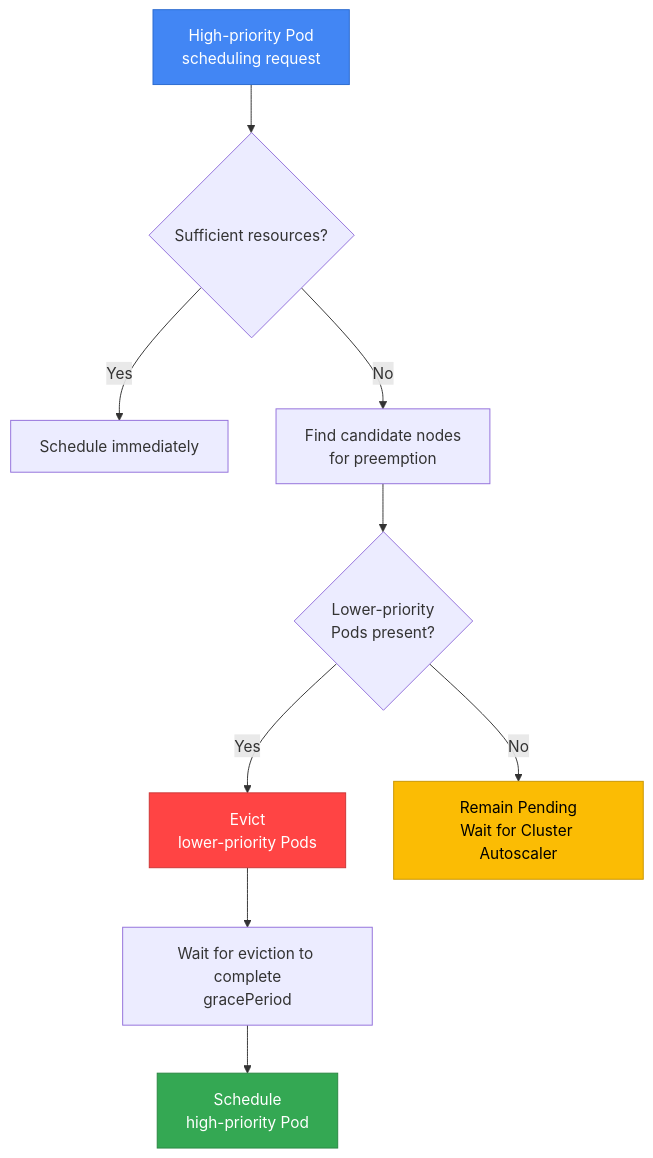
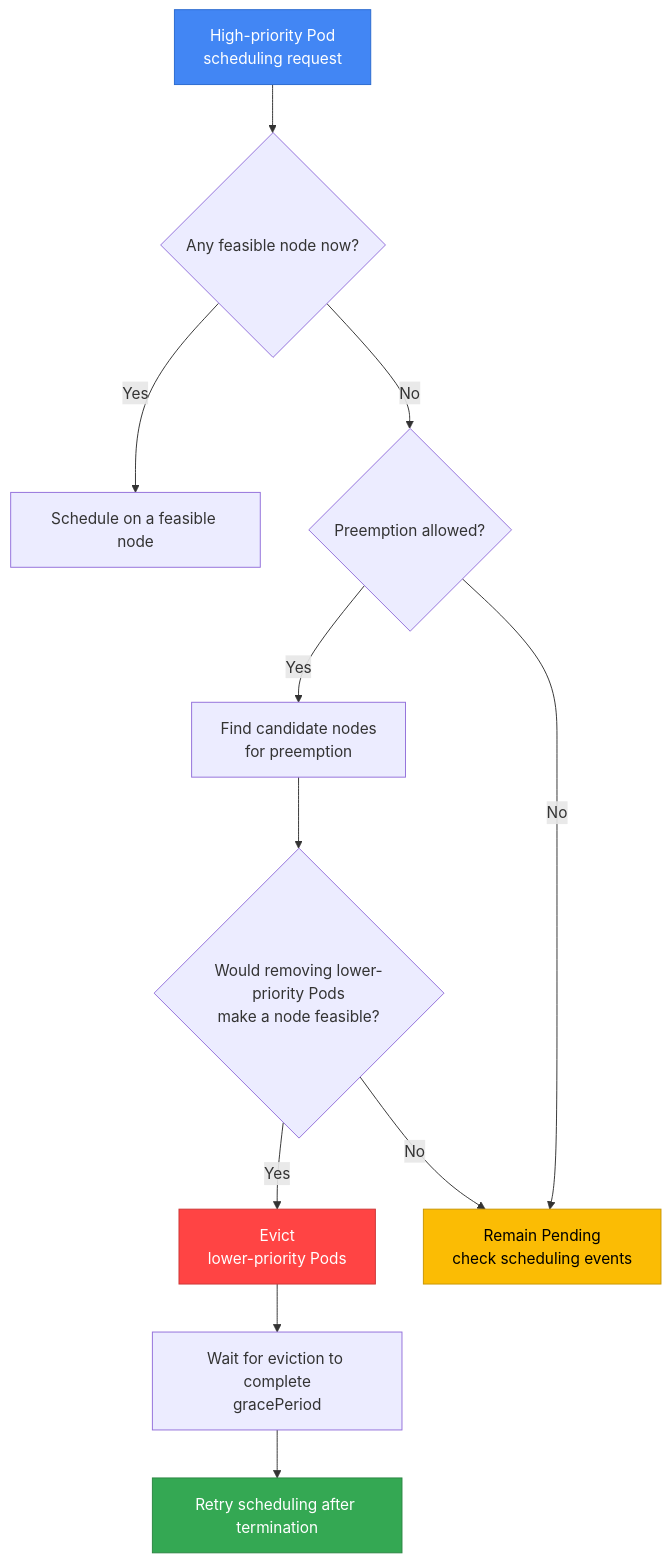
One commit to devfloor9/engineering-playbook changed the third of 12 diagrams in docs/eks-best-practices/operations-reliability/eks-pod-scheduling-availability.md. Above: the diagram before and after it, drawn with Mermaid. The commit also changed other lines of this file and 123 other files, not shown here.

````diff
--- a/docs/eks-best-practices/operations-reliability/eks-pod-scheduling-availability.md
+++ b/docs/eks-best-practices/operations-reliability/eks-pod-scheduling-availability.md
@@ -2143,26 +2154,29 @@
 ```mermaid
 flowchart TB
     START[High-priority Pod<br/>scheduling request]
-    CHECK{Sufficient resources?}
-    SCHEDULE[Schedule immediately]
+    CHECK{Any feasible node now?}
+    SCHEDULE[Schedule on a feasible node]
+    POLICY{Preemption allowed?}
     FIND[Find candidate nodes<br/>for preemption]
-    CANDIDATE{Lower-priority<br/>Pods present?}
+    CANDIDATE{Would removing lower-priority Pods<br/>make a node feasible?}
     EVICT[Evict<br/>lower-priority Pods]
     WAIT[Wait for eviction to complete<br/>gracePeriod]
-    BIND[Schedule<br/>high-priority Pod]
-    PENDING[Remain Pending<br/>Wait for Cluster Autoscaler]
+    BIND[Retry scheduling after termination]
+    PENDING[Remain Pending<br/>check scheduling events]
 
     START --> CHECK
     CHECK -->|Yes| SCHEDULE
-    CHECK -->|No| FIND
+    CHECK -->|No| POLICY
+    POLICY -->|Yes| FIND
+    POLICY -->|No| PENDING
     FIND --> CANDIDATE
     CANDIDATE -->|Yes| EVICT
     CANDIDATE -->|No| PENDING
     EVICT --> WAIT
     WAIT --> BIND
 
     style START fill:#4286f4,stroke:#2a6acf,color:#fff
     style EVICT fill:#ff4444,stroke:#cc3636,color:#fff
     style BIND fill:#34a853,stroke:#2a8642,color:#fff
     style PENDING fill:#fbbc04,stroke:#c99603,color:#000
 ```
````
